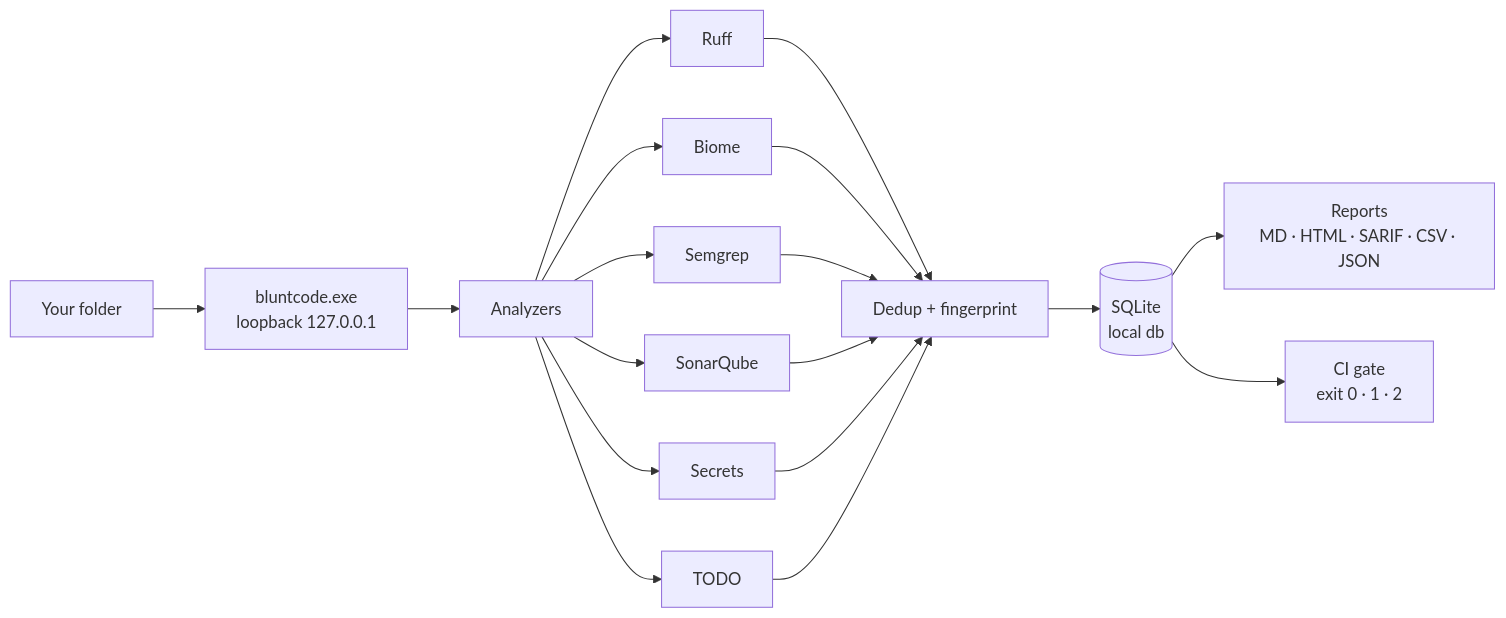
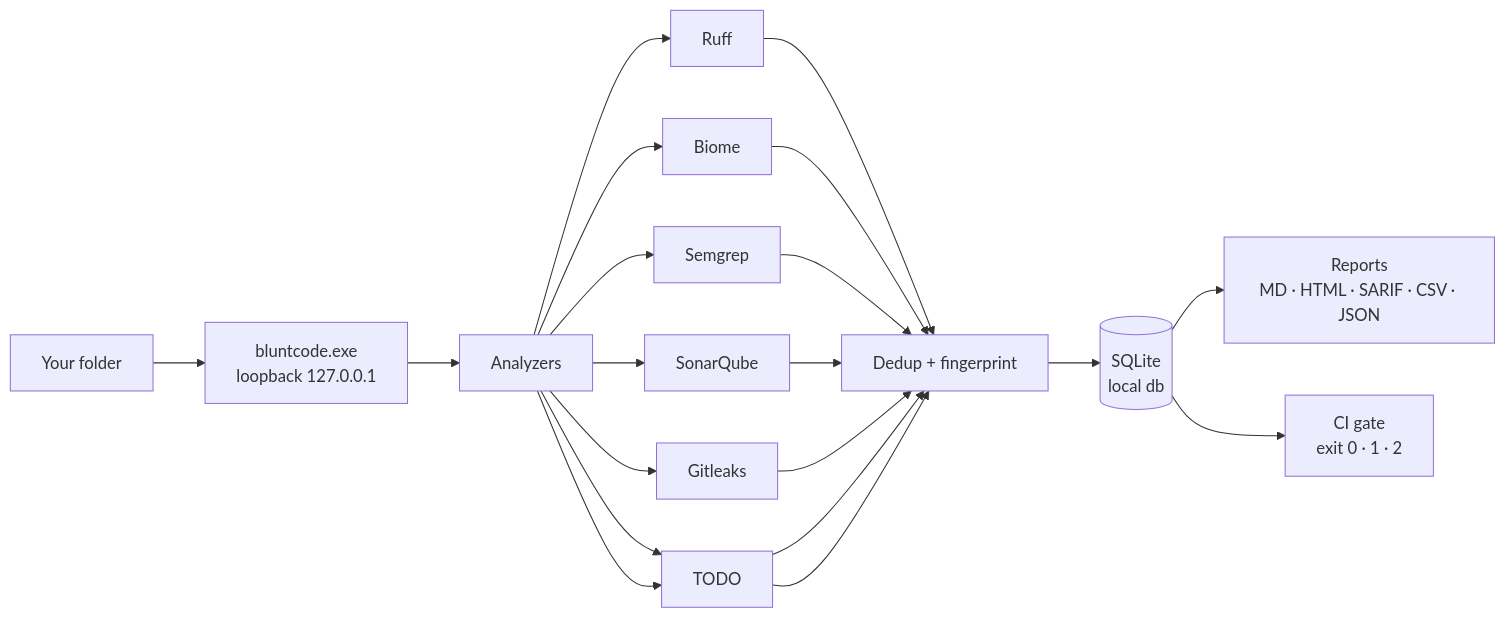
Before and after one commit to sanketpatel32/Blunt-code: the diagram in README.md, drawn with Mermaid. The commit also changed other lines of this file and 18 other files, not shown here.

````diff
--- a/README.md
+++ b/README.md
@@ -40,20 +40,22 @@
 ```mermaid
 flowchart LR
     A["Your folder"] --> B["bluntcode.exe<br>loopback 127.0.0.1"]
     B --> C["Analyzers"]
     C --> D1["Ruff"]
     C --> D2["Biome"]
     C --> D3["Semgrep"]
     C --> D4["SonarQube"]
-    C --> D5["Secrets"]
+    C --> D5["Gitleaks"]
+    C --> D6["Secrets"]
     C --> D6["TODO"]
     D1 --> E["Dedup + fingerprint"]
     D2 --> E
     D3 --> E
     D4 --> E
     D5 --> E
     D6 --> E
+    D6 --> E
     E --> F[("SQLite<br>local db")]
     F --> G["Reports<br>MD · HTML · SARIF · CSV · JSON"]
     F --> H["CI gate<br>exit 0 · 1 · 2"]
 ```
````
